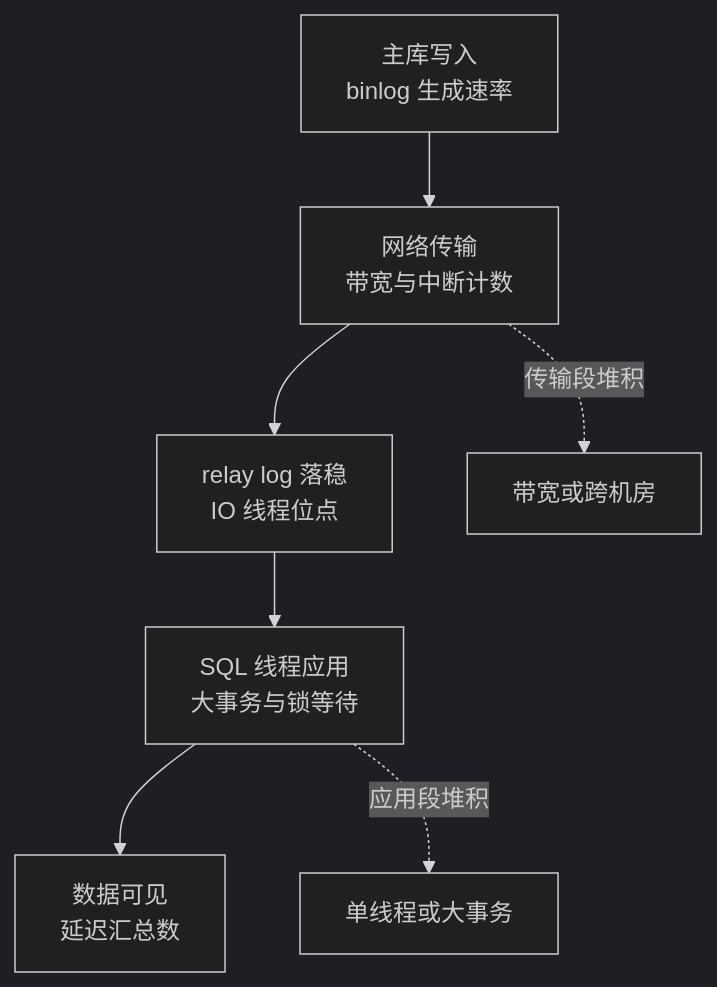
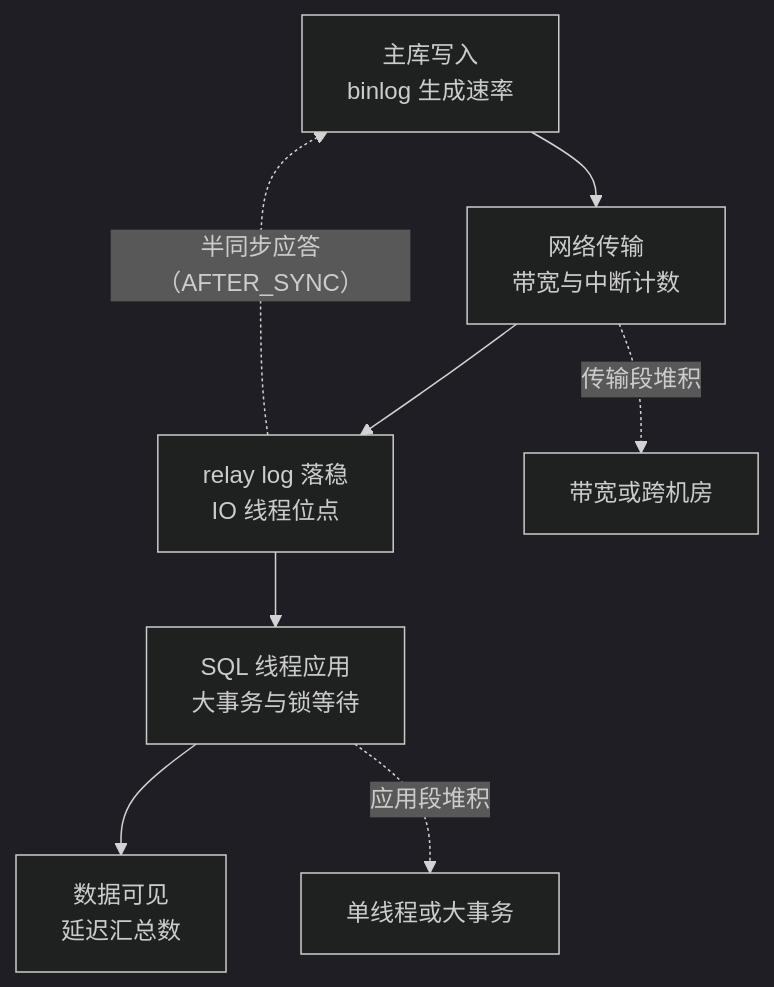
Before and after one commit to hub138/technical-knowledge: the second of 2 diagrams in vault/工程知识/数据系统：在并发与故障中保存事实/可靠性与运维/InnoDB用日志连接事务、恢复与复制.md, drawn with Mermaid (dark theme). The commit also changed other lines of this file and 622 other files, not shown here.

````diff
--- a/vault/工程知识/数据系统：在并发与故障中保存事实/可靠性与运维/InnoDB用日志连接事务、恢复与复制.md
+++ b/vault/工程知识/数据系统：在并发与故障中保存事实/可靠性与运维/InnoDB用日志连接事务、恢复与复制.md
@@ -67,9 +90,10 @@
 ```mermaid
 flowchart TB
     m["主库写入<br/>binlog 生成速率"] --> n["网络传输<br/>带宽与中断计数"]
     n --> r["relay log 落稳<br/>IO 线程位点"]
     r --> s["SQL 线程应用<br/>大事务与锁等待"]
     s --> d["数据可见<br/>延迟汇总数"]
+    r -.->|"半同步应答（AFTER_SYNC）"| m
     n -.->|"传输段堆积"| lag2["带宽或跨机房"]
     s -.->|"应用段堆积"| lag["单线程或大事务"]
 ```
````
